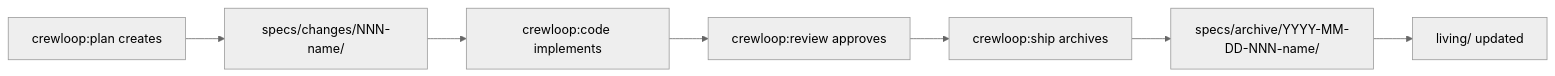
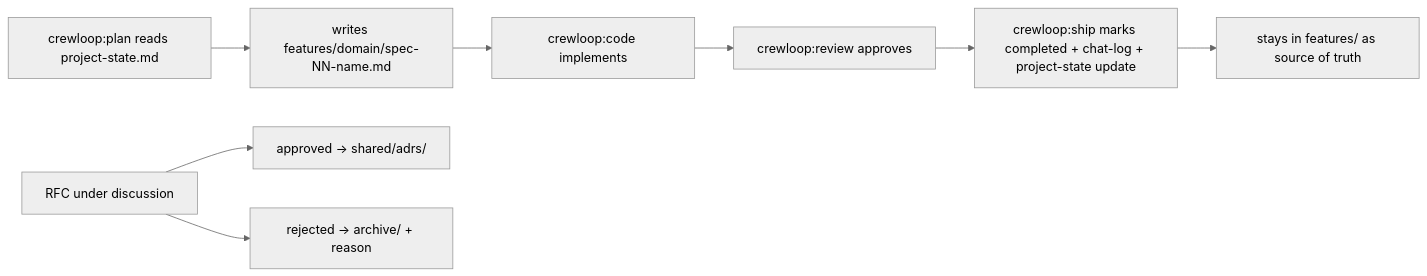
One commit to leorsousa05/CrewLoop changed the diagram in docs/public/docs/concepts/specs.md. Above: the diagram before and after it, drawn with Mermaid (neutral theme). The commit also changed other lines of this file and 139 other files, not shown here.

First line of the commit message:
refactor(specs): restructure specs system into features, memory and shared

````diff
--- a/docs/public/docs/concepts/specs.md
+++ b/docs/public/docs/concepts/specs.md
@@ -63,9 +75,11 @@
 ```mermaid
 flowchart LR
-    P[crewloop:plan creates] --> B[specs/changes/NNN-name/]
-    B --> C[crewloop:code implements]
+    P[crewloop:plan reads project-state.md] --> W[writes features/domain/spec-NN-name.md]
+    W --> C[crewloop:code implements]
     C --> R[crewloop:review approves]
-    R --> S[crewloop:ship archives]
-    S --> F[specs/archive/YYYY-MM-DD-NNN-name/]
-    F --> G[living/ updated]
+    R --> S[crewloop:ship marks completed + chat-log + project-state update]
+    S --> F[stays in features/ as source of truth]
+
+    R2[RFC under discussion] --> A[approved → shared/adrs/]
+    R2 --> J[rejected → archive/ + reason]
 ```
````
